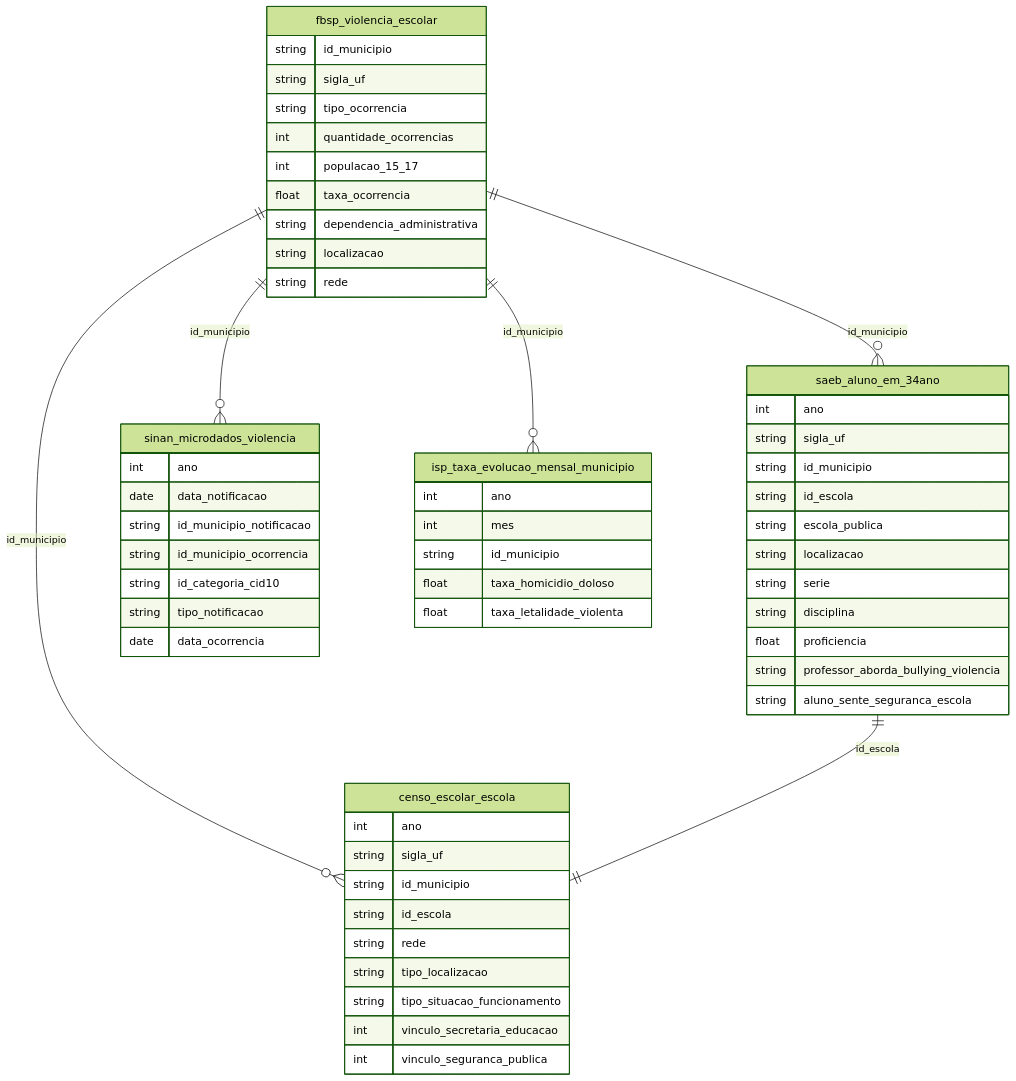
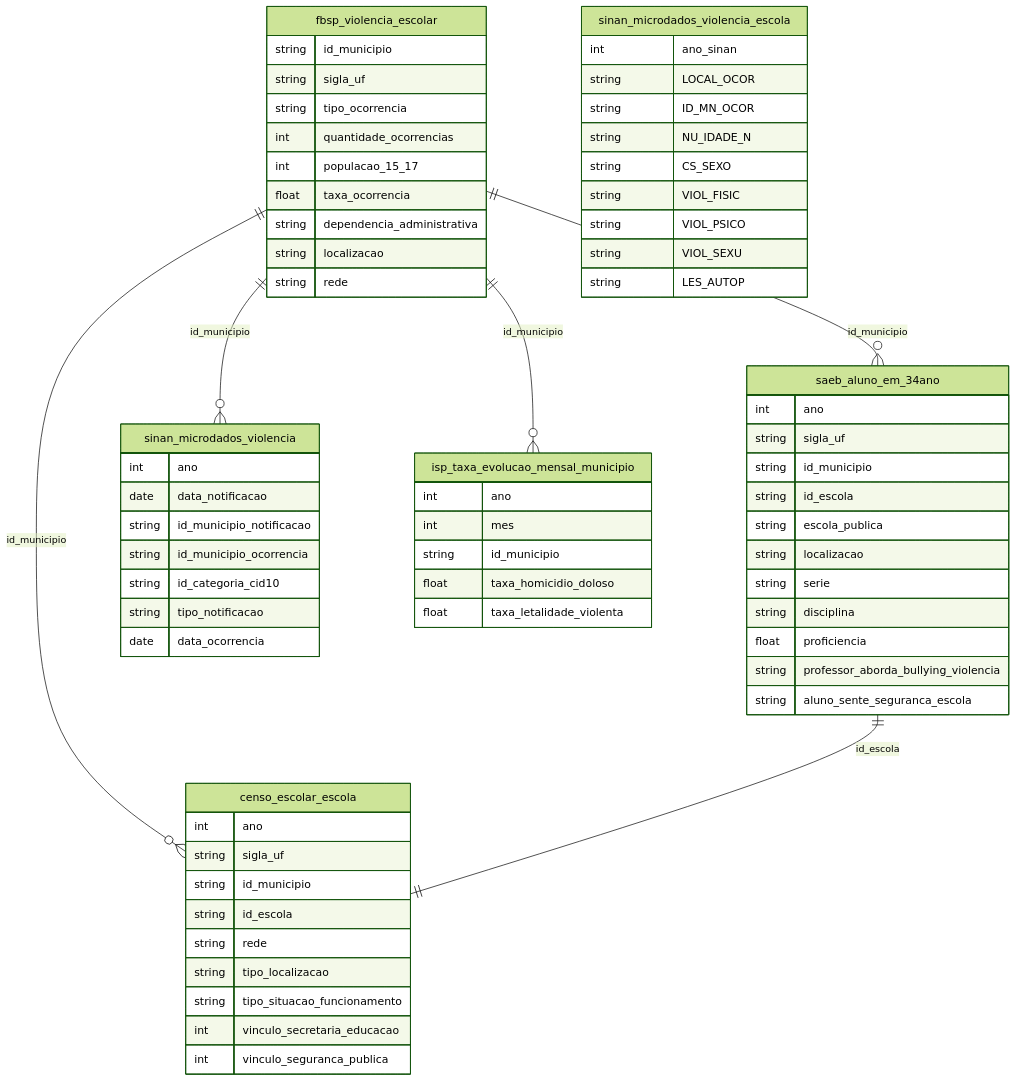
The diagram in docs/mapa/overview/28_violencia_escolar.md (rafapolo/rodado), drawn with Mermaid (forest theme) before and after one commit. The commit also changed other lines of this file and 135 other files, not shown here.

````diff
--- a/docs/mapa/overview/28_violencia_escolar.md
+++ b/docs/mapa/overview/28_violencia_escolar.md
@@ -2,59 +2,70 @@
 ```mermaid
 erDiagram
     fbsp_violencia_escolar {
         string id_municipio
         string sigla_uf
         string tipo_ocorrencia
         int quantidade_ocorrencias
         int populacao_15_17
         float taxa_ocorrencia
         string dependencia_administrativa
         string localizacao
         string rede
     }
     saeb_aluno_em_34ano {
         int ano
         string sigla_uf
         string id_municipio
         string id_escola
         string escola_publica
         string localizacao
         string serie
         string disciplina
         float proficiencia
         string professor_aborda_bullying_violencia
         string aluno_sente_seguranca_escola
     }
     censo_escolar_escola {
         int ano
         string sigla_uf
         string id_municipio
         string id_escola
         string rede
         string tipo_localizacao
         string tipo_situacao_funcionamento
         int vinculo_secretaria_educacao
         int vinculo_seguranca_publica
     }
     sinan_microdados_violencia {
         int ano
         date data_notificacao
         string id_municipio_notificacao
         string id_municipio_ocorrencia
         string id_categoria_cid10
         string tipo_notificacao
         date data_ocorrencia
     }
     isp_taxa_evolucao_mensal_municipio {
         int ano
         int mes
         string id_municipio
         float taxa_homicidio_doloso
         float taxa_letalidade_violenta
     }
+    sinan_microdados_violencia_escola {
+        int ano_sinan
+        string LOCAL_OCOR
+        string ID_MN_OCOR
+        string NU_IDADE_N
+        string CS_SEXO
+        string VIOL_FISIC
+        string VIOL_PSICO
+        string VIOL_SEXU
+        string LES_AUTOP
+    }
     fbsp_violencia_escolar ||--o{ saeb_aluno_em_34ano : "id_municipio"
     fbsp_violencia_escolar ||--o{ censo_escolar_escola : "id_municipio"
     fbsp_violencia_escolar ||--o{ sinan_microdados_violencia : "id_municipio"
     fbsp_violencia_escolar ||--o{ isp_taxa_evolucao_mensal_municipio : "id_municipio"
     saeb_aluno_em_34ano ||--|| censo_escolar_escola : "id_escola"
 ```
````
